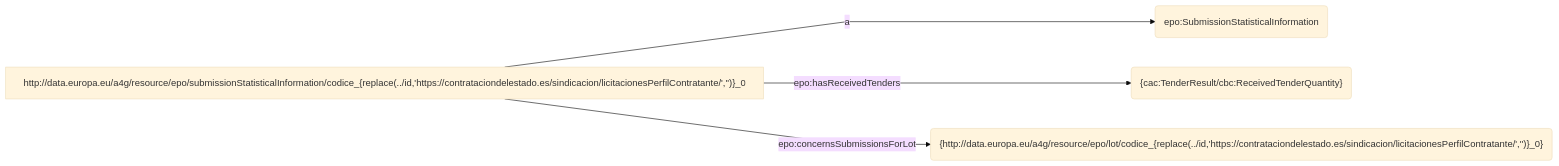
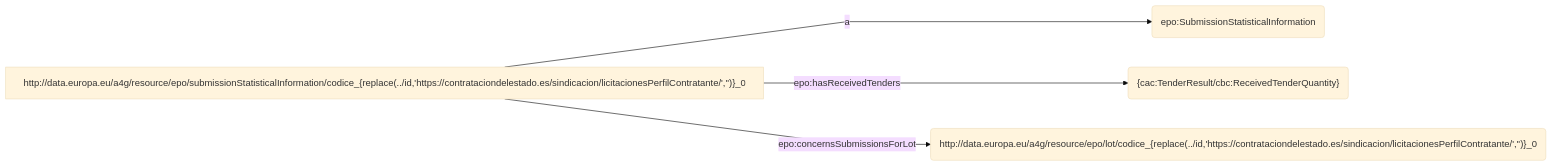
Diagram 26 of 34 in example/ppds.md (oeg-upm/rmldoc), drawn with Mermaid before and after one commit. The commit also changed other lines of this file and 3 other files, not shown here.

````diff
--- a/example/ppds.md
+++ b/example/ppds.md
@@ -515,8 +539,8 @@
 ```mermaid
 %%{ init : { "theme" : "base", "flowchart" : { "curve" : "linear" }}}%%
 flowchart LR
 S["http://data.europa.eu/a4g/resource/epo/submissionStatisticalInformation/codice_{replace(../id,'https://contrataciondelestado.es/sindicacion/licitacionesPerfilContratante/','')}_0"] -->|"a"| object1("epo:SubmissionStatisticalInformation")
 S["http://data.europa.eu/a4g/resource/epo/submissionStatisticalInformation/codice_{replace(../id,'https://contrataciondelestado.es/sindicacion/licitacionesPerfilContratante/','')}_0"] -->|"epo:hasReceivedTenders"| object2("{cac:TenderResult/cbc:ReceivedTenderQuantity}")
-S["http://data.europa.eu/a4g/resource/epo/submissionStatisticalInformation/codice_{replace(../id,'https://contrataciondelestado.es/sindicacion/licitacionesPerfilContratante/','')}_0"] -->|"epo:concernsSubmissionsForLot"| object3("{http://data.europa.eu/a4g/resource/epo/lot/codice_{replace(../id,'https://contrataciondelestado.es/sindicacion/licitacionesPerfilContratante/','')}_0}")
+S["http://data.europa.eu/a4g/resource/epo/submissionStatisticalInformation/codice_{replace(../id,'https://contrataciondelestado.es/sindicacion/licitacionesPerfilContratante/','')}_0"] -->|"epo:concernsSubmissionsForLot"| object3("http://data.europa.eu/a4g/resource/epo/lot/codice_{replace(../id,'https://contrataciondelestado.es/sindicacion/licitacionesPerfilContratante/','')}_0")
     
 ``` 
````
